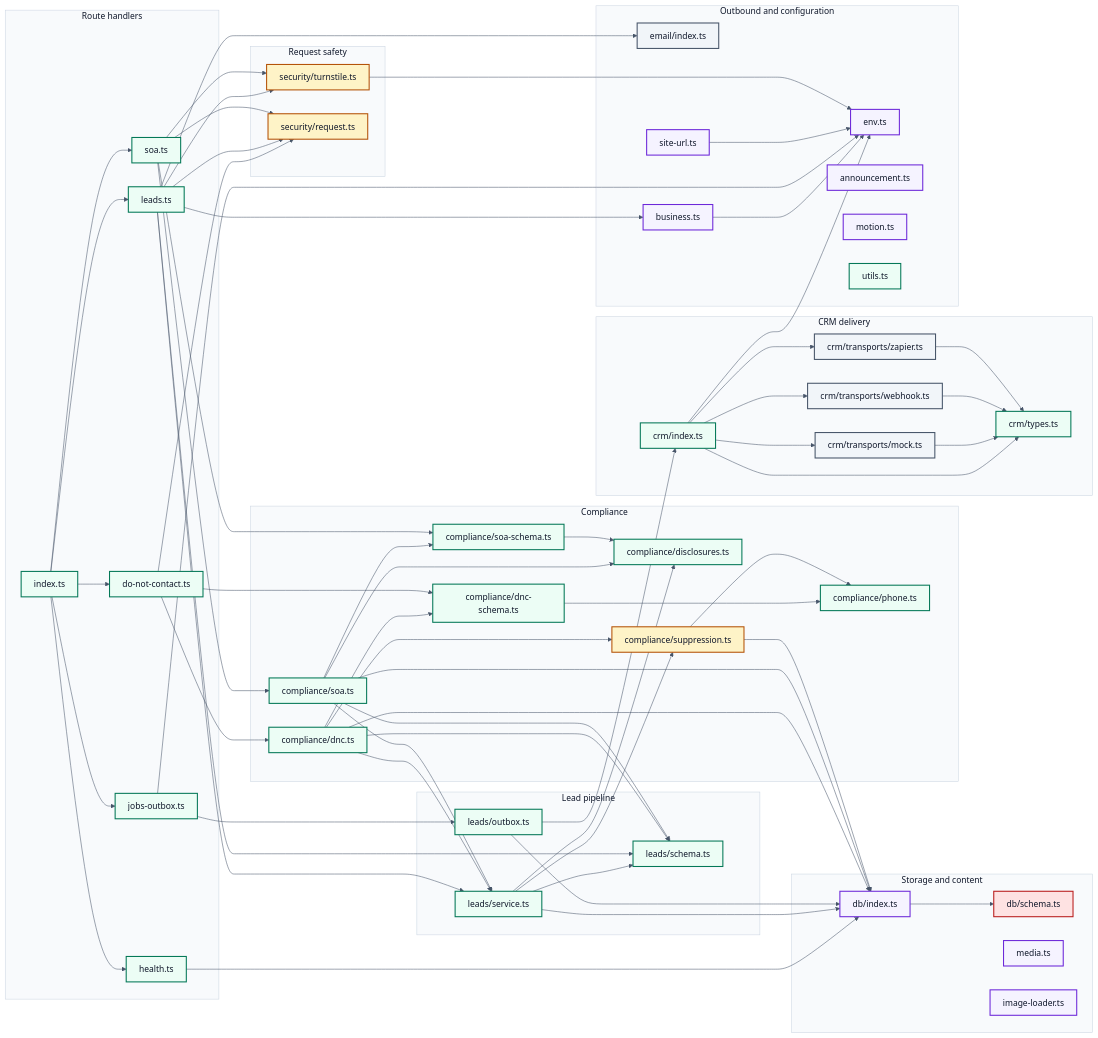
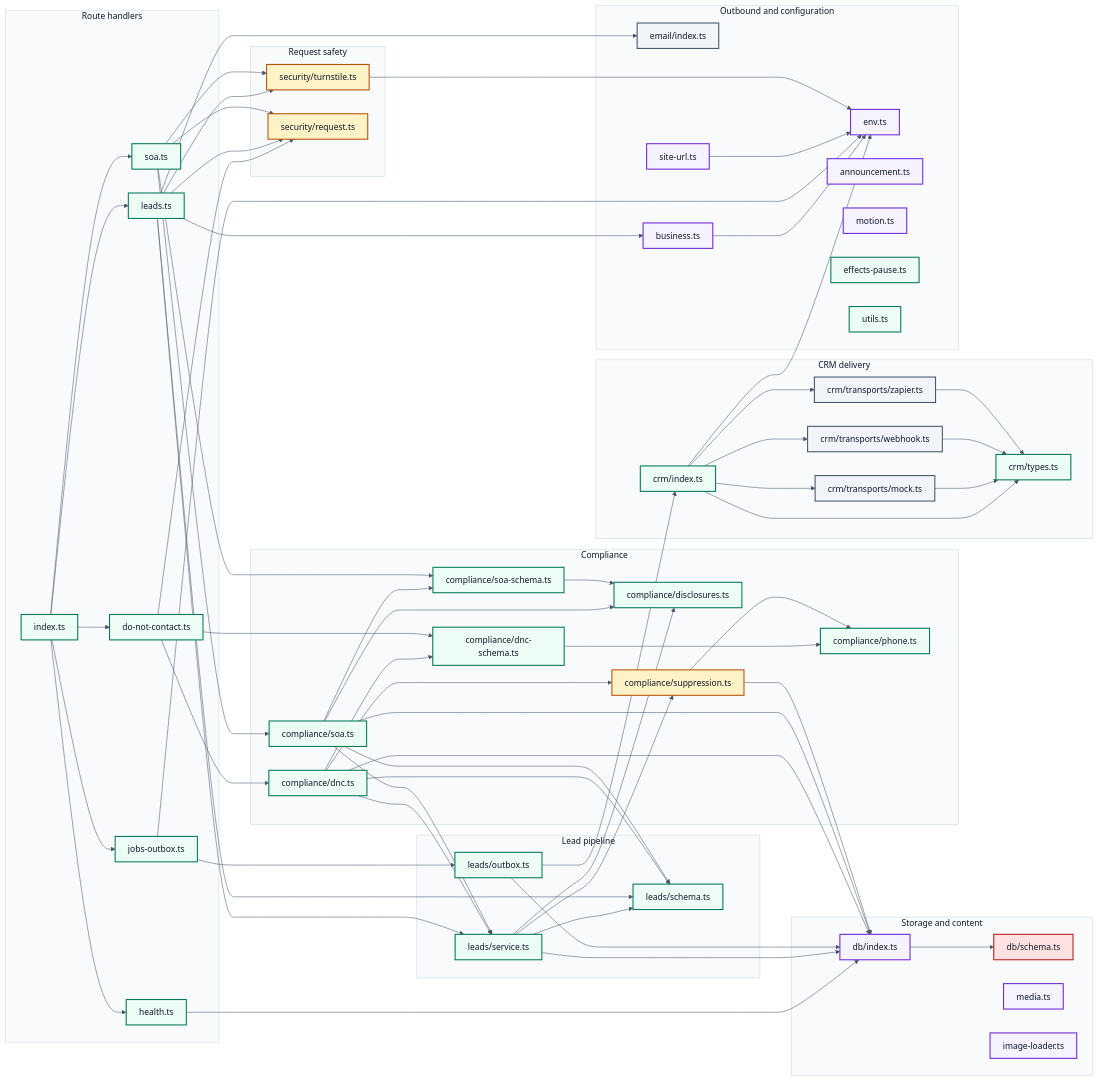
Before and after one commit to marc-mccarthy/legacy-benefits-mn: the diagram in docs/diagrams/D5-module-map.mmd, drawn with Mermaid. The commit also changed 10 other files, not shown here.

Commit message:
feat: one site-wide pause control for effects

```diff
--- a/docs/diagrams/D5-module-map.mmd
+++ b/docs/diagrams/D5-module-map.mmd
@@ -1,136 +1,137 @@
 %%{init: {"theme":"base","themeVariables":{"fontFamily":"Helvetica Neue, Helvetica, Arial, sans-serif","fontSize":"16px","textColor":"#0F172A","background":"#FFFFFF","lineColor":"#475569","mainBkg":"#EFF6FF","nodeBorder":"#1D4ED8","primaryColor":"#EFF6FF","primaryBorderColor":"#1D4ED8","primaryTextColor":"#0F172A","secondaryColor":"#F1F5F9","secondaryBorderColor":"#475569","secondaryTextColor":"#0F172A","tertiaryColor":"#F8FAFC","tertiaryBorderColor":"#CBD5E1","tertiaryTextColor":"#0F172A","clusterBkg":"#F8FAFC","clusterBorder":"#CBD5E1","edgeLabelBackground":"#FFFFFF","actorBkg":"#EEF2FF","actorBorder":"#4338CA","actorTextColor":"#0F172A","signalColor":"#475569","signalTextColor":"#0F172A","noteBkgColor":"#FEF3C7","noteBorderColor":"#B45309","noteTextColor":"#0F172A","activationBkgColor":"#ECFDF5","activationBorderColor":"#047857","labelBoxBkgColor":"#FEF3C7","labelBoxBorderColor":"#B45309","sequenceNumberColor":"#FFFFFF"},"flowchart":{"htmlLabels":false,"curve":"basis","nodeSpacing":45,"rankSpacing":60,"padding":12},"sequence":{"useMaxWidth":false,"htmlLabels":false,"mirrorActors":false,"wrap":true,"width":190}}}%%
 flowchart LR
 accTitle: Every server module this repository owns, and what each one imports
 accDescr {
   A left-to-right map of the server side of the application, derived from the imports in the
   code rather than drawn by hand, so it cannot describe a wiring that no longer exists. Each
   box is one module; each arrow is one module importing another. Route handlers sit on the
   left, since every request enters through one of them. The two modules that verify a request
   and the one that decides whether a person may be contacted are drawn as gates, because their
   job is to reject. The database schema is drawn as regulated data, because that is what it
   declares. Test files are excluded: a test importing a module says nothing about how the
-  application is wired. 34 modules and 53 imports are drawn.
+  application is wired. 35 modules and 53 imports are drawn.
 }
 
 subgraph Routehandlers ["Route handlers"]
   apiRouter["index.ts"]
   leadsRoute["leads.ts"]
   soaRoute["soa.ts"]
   dncRoute["do-not-contact.ts"]
   jobsRoute["jobs-outbox.ts"]
   healthRoute["health.ts"]
 end
 
 subgraph Requestsafety ["Request safety"]
   turnstile["security/turnstile.ts"]
   request["security/request.ts"]
 end
 
 subgraph Leadpipeline ["Lead pipeline"]
   leadService["leads/service.ts"]
   leadSchema["leads/schema.ts"]
   outbox["leads/outbox.ts"]
 end
 
 subgraph Compliance ["Compliance"]
   disclosures["compliance/disclosures.ts"]
   suppression["compliance/suppression.ts"]
   phone["compliance/phone.ts"]
   dnc["compliance/dnc.ts"]
   dncSchema["compliance/dnc-schema.ts"]
   soa["compliance/soa.ts"]
   soaSchema["compliance/soa-schema.ts"]
 end
 
 subgraph CRMdelivery ["CRM delivery"]
   crm["crm/index.ts"]
   crmTypes["crm/types.ts"]
   webhook["crm/transports/webhook.ts"]
   zapier["crm/transports/zapier.ts"]
   mock["crm/transports/mock.ts"]
 end
 
 subgraph Storageandcontent ["Storage and content"]
   db["db/index.ts"]
   dbSchema["db/schema.ts"]
   media["media.ts"]
   imageLoader["image-loader.ts"]
 end
 
 subgraph Outboundandconfiguration ["Outbound and configuration"]
   email["email/index.ts"]
   env["env.ts"]
   siteUrl["site-url.ts"]
   business["business.ts"]
   announcement["announcement.ts"]
   motion["motion.ts"]
+  effectsPause["effects-pause.ts"]
   utils["utils.ts"]
 end
 
 apiRouter --> dncRoute
 apiRouter --> healthRoute
 apiRouter --> jobsRoute
 apiRouter --> leadsRoute
 apiRouter --> soaRoute
 business --> env
 crm --> crmTypes
 crm --> env
 crm --> mock
 crm --> webhook
 crm --> zapier
 db --> dbSchema
 dnc --> db
 dnc --> dncSchema
 dnc --> leadSchema
 dnc --> leadService
 dnc --> suppression
 dncRoute --> dnc
 dncRoute --> dncSchema
 dncRoute --> request
 dncSchema --> phone
 healthRoute --> db
 jobsRoute --> env
 jobsRoute --> outbox
 leadService --> db
 leadService --> disclosures
 leadService --> leadSchema
 leadService --> suppression
 leadsRoute --> business
 leadsRoute --> email
 leadsRoute --> leadSchema
 leadsRoute --> leadService
 leadsRoute --> request
 leadsRoute --> turnstile
 mock --> crmTypes
 outbox --> crm
 outbox --> db
 siteUrl --> env
 soa --> db
 soa --> disclosures
 soa --> leadSchema
 soa --> leadService
 soa --> soaSchema
 soaRoute --> request
 soaRoute --> soa
 soaRoute --> soaSchema
 soaRoute --> turnstile
 soaSchema --> disclosures
 suppression --> db
 suppression --> phone
 turnstile --> env
 webhook --> crmTypes
 zapier --> crmTypes
 
 classDef human    fill:#EEF2FF,stroke:#4338CA,stroke-width:2px,color:#0F172A
 classDef client   fill:#EFF6FF,stroke:#1D4ED8,stroke-width:2px,color:#0F172A
 classDef ours     fill:#ECFDF5,stroke:#047857,stroke-width:2px,color:#0F172A
 classDef guard    fill:#FEF3C7,stroke:#B45309,stroke-width:2px,color:#0F172A
 classDef vendor   fill:#F1F5F9,stroke:#475569,stroke-width:2px,color:#0F172A
 classDef phi      fill:#FEE2E2,stroke:#B91C1C,stroke-width:2px,color:#0F172A
 classDef artifact fill:#F5F3FF,stroke:#6D28D9,stroke-width:2px,color:#0F172A
 
-class apiRouter,leadsRoute,soaRoute,dncRoute,jobsRoute,healthRoute,leadService,leadSchema,outbox,disclosures,phone,dnc,dncSchema,soa,soaSchema,crm,crmTypes,utils ours
+class apiRouter,leadsRoute,soaRoute,dncRoute,jobsRoute,healthRoute,leadService,leadSchema,outbox,disclosures,phone,dnc,dncSchema,soa,soaSchema,crm,crmTypes,effectsPause,utils ours
 class turnstile,request,suppression guard
 class webhook,zapier,mock,email vendor
 class dbSchema phi
 class db,media,imageLoader,env,siteUrl,business,announcement,motion artifact
```
